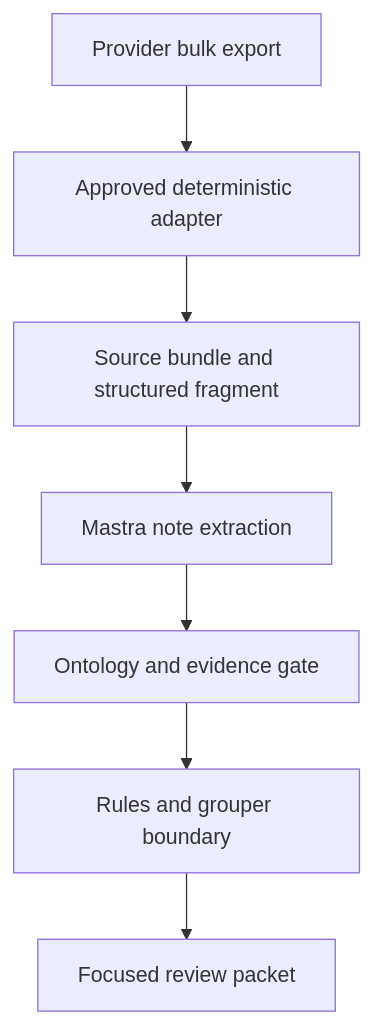
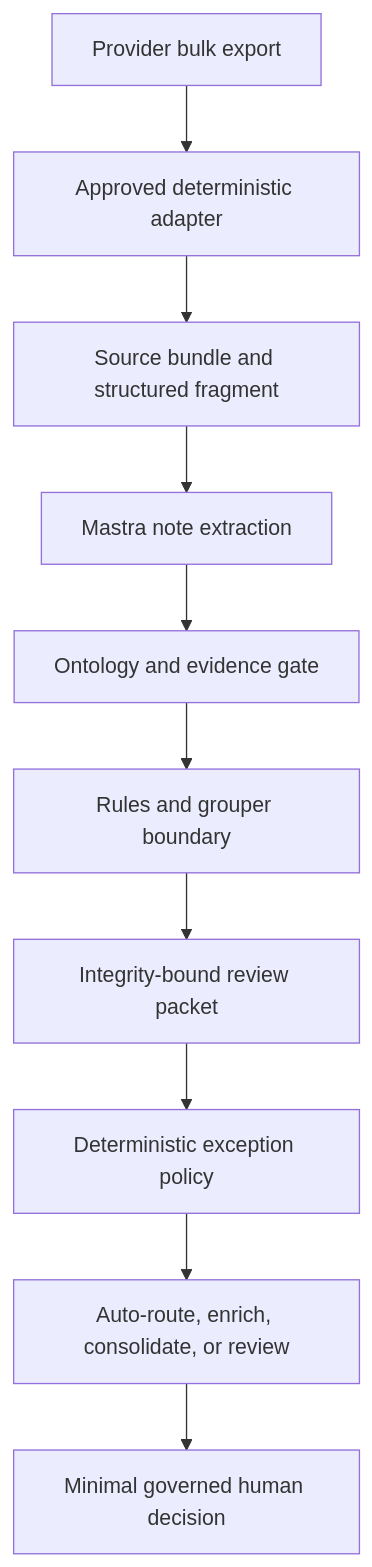
Before and after one commit to sahilk873/DRG-MVP: the diagram in README.md, drawn with Mermaid. The commit also changed other lines of this file and 41 other files, not shown here.

Commit message:
add deterministic exception automation

````diff
--- a/README.md
+++ b/README.md
@@ -11,9 +11,12 @@
 ```mermaid
 flowchart TD
     A["Provider bulk export"] --> B["Approved deterministic adapter"]
     B --> C["Source bundle and structured fragment"]
     C --> D["Mastra note extraction"]
     D --> E["Ontology and evidence gate"]
     E --> F["Rules and grouper boundary"]
-    F --> G["Focused review packet"]
+    F --> G["Integrity-bound review packet"]
+    G --> H["Deterministic exception policy"]
+    H --> I["Auto-route, enrich, consolidate, or review"]
+    I --> J["Minimal governed human decision"]
 ```
````
